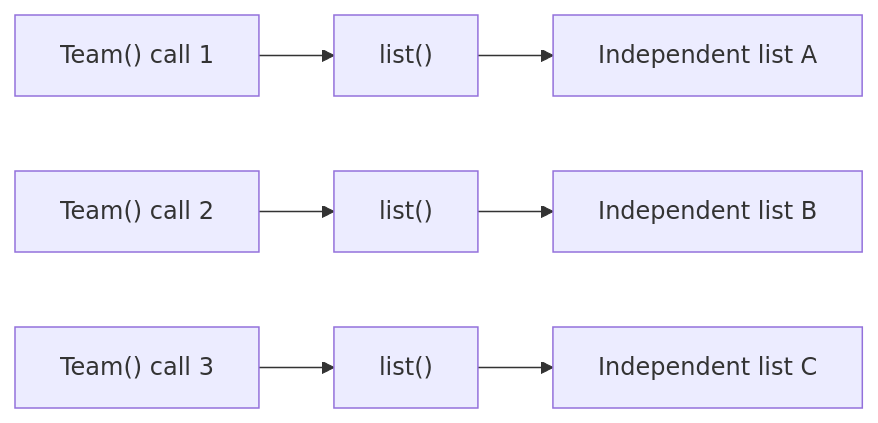
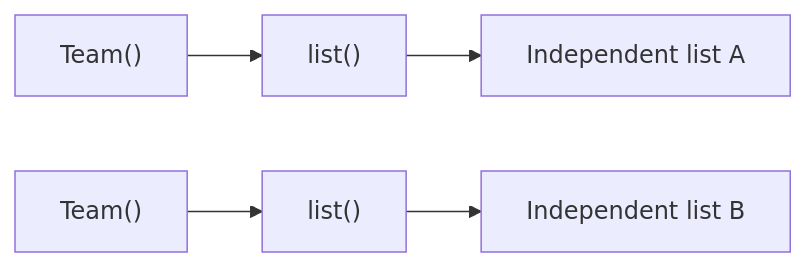
The third of 3 diagrams in src/content/python/mutable-default-argument.md (AvadhBhalodiya/Interview-Preparation), drawn with Mermaid before and after one commit. The commit also changed other lines of this file and 80 other files, not shown here.

````diff
--- a/src/content/python/mutable-default-argument.md
+++ b/src/content/python/mutable-default-argument.md
@@ -449,11 +216,5 @@
 ```mermaid
 flowchart LR
-    C1["Team() call 1"] --> LA["list()"]
-    LA --> RA[Independent list A]
-
-    C2["Team() call 2"] --> LB["list()"]
-    LB --> RB[Independent list B]
-
-    C3["Team() call 3"] --> LC["list()"]
-    LC --> RC[Independent list C]
+    A["Team()"] --> B["list()"] --> C["Independent list A"]
+    D["Team()"] --> E["list()"] --> F["Independent list B"]
 ```
````
